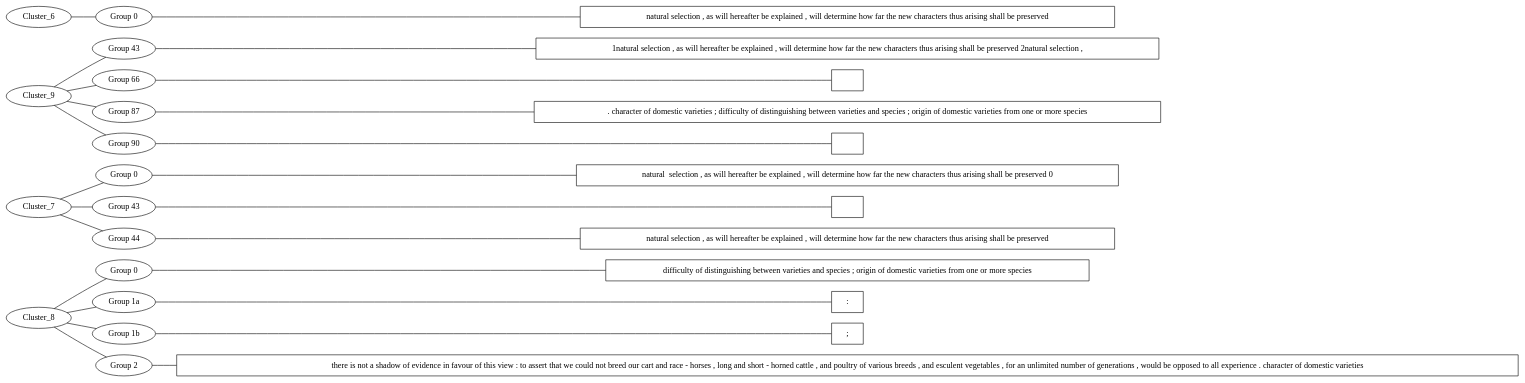
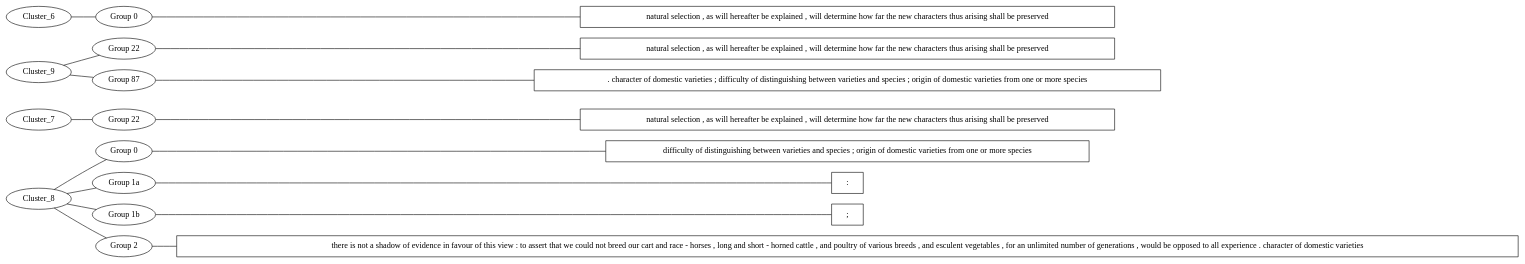
The diagram in src/main/outputs/hypergraph.dot (djbpitt/scala-graphing-sandbox), drawn with Graphviz before and after one commit. The commit also changed 2 other files, not shown here.

```diff
--- a/src/main/outputs/hypergraph.dot
+++ b/src/main/outputs/hypergraph.dot
@@ -1,51 +1,35 @@
 graph MyGraph {
 rankdir = LR
 "Cluster_8_2_reading" [shape=box label="there is not a shadow of evidence in favour of this view : to assert that we could not breed our cart and race - horses , long and short - horned cattle , and poultry of various breeds , and esculent vegetables , for an unlimited number of generations , would be opposed to all experience . character of domestic varieties "]
 "Cluster_8_1b_reading" [shape=box label="; "]
 "Cluster_8_1a_reading" [shape=box label=": "]
 "Cluster_8_0_reading" [shape=box label="difficulty of distinguishing between varieties and species ; origin of domestic varieties from one or more species "]
 "Cluster_8_0" [label="Group 0"]
 "Cluster_8_1a" [label="Group 1a"]
 "Cluster_8_1b" [label="Group 1b"]
 "Cluster_8_2" [label="Group 2"]
 "Cluster_8_2" -- "Cluster_8_2_reading"
 "Cluster_8_1b" -- "Cluster_8_1b_reading"
 "Cluster_8_1a" -- "Cluster_8_1a_reading"
 "Cluster_8_0" -- "Cluster_8_0_reading"
 Cluster_8 -- "Cluster_8_2"
 Cluster_8 -- "Cluster_8_1b"
 Cluster_8 -- "Cluster_8_1a"
 Cluster_8 -- "Cluster_8_0"
-"Cluster_7_44_reading" [shape=box label="natural selection , as will hereafter be explained , will determine how far the new characters thus arising shall be preserved "]
-"Cluster_7_43_reading" [shape=box label=""]
-"Cluster_7_0_reading" [shape=box label="natural  selection , as will hereafter be explained , will determine how far the new characters thus arising shall be preserved 0"]
-"Cluster_7_0" [label="Group 0"]
-"Cluster_7_43" [label="Group 43"]
-"Cluster_7_44" [label="Group 44"]
-"Cluster_7_44" -- "Cluster_7_44_reading"
-"Cluster_7_43" -- "Cluster_7_43_reading"
-"Cluster_7_0" -- "Cluster_7_0_reading"
-Cluster_7 -- "Cluster_7_44"
-Cluster_7 -- "Cluster_7_43"
-Cluster_7 -- "Cluster_7_0"
-"Cluster_9_90_reading" [shape=box label=""]
+"Cluster_7_22_reading" [shape=box label="natural selection , as will hereafter be explained , will determine how far the new characters thus arising shall be preserved "]
+"Cluster_7_22" [label="Group 22"]
+"Cluster_7_22" -- "Cluster_7_22_reading"
+Cluster_7 -- "Cluster_7_22"
 "Cluster_9_87_reading" [shape=box label=". character of domestic varieties ; difficulty of distinguishing between varieties and species ; origin of domestic varieties from one or more species "]
-"Cluster_9_66_reading" [shape=box label=""]
-"Cluster_9_43_reading" [shape=box label="1natural selection , as will hereafter be explained , will determine how far the new characters thus arising shall be preserved 2natural selection , "]
-"Cluster_9_43" [label="Group 43"]
-"Cluster_9_66" [label="Group 66"]
+"Cluster_9_22_reading" [shape=box label="natural selection , as will hereafter be explained , will determine how far the new characters thus arising shall be preserved "]
+"Cluster_9_22" [label="Group 22"]
 "Cluster_9_87" [label="Group 87"]
-"Cluster_9_90" [label="Group 90"]
-"Cluster_9_90" -- "Cluster_9_90_reading"
 "Cluster_9_87" -- "Cluster_9_87_reading"
-"Cluster_9_66" -- "Cluster_9_66_reading"
-"Cluster_9_43" -- "Cluster_9_43_reading"
-Cluster_9 -- "Cluster_9_90"
+"Cluster_9_22" -- "Cluster_9_22_reading"
 Cluster_9 -- "Cluster_9_87"
-Cluster_9 -- "Cluster_9_66"
-Cluster_9 -- "Cluster_9_43"
+Cluster_9 -- "Cluster_9_22"
 "Cluster_6_0_reading" [shape=box label="natural selection , as will hereafter be explained , will determine how far the new characters thus arising shall be preserved "]
 "Cluster_6_0" [label="Group 0"]
 "Cluster_6_0" -- "Cluster_6_0_reading"
 Cluster_6 -- "Cluster_6_0"
 }
```
